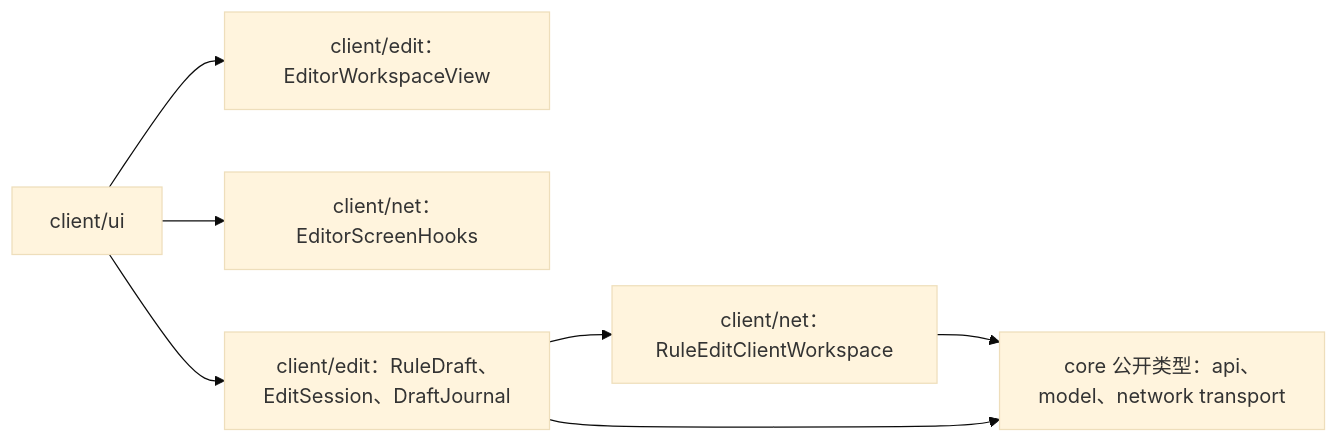
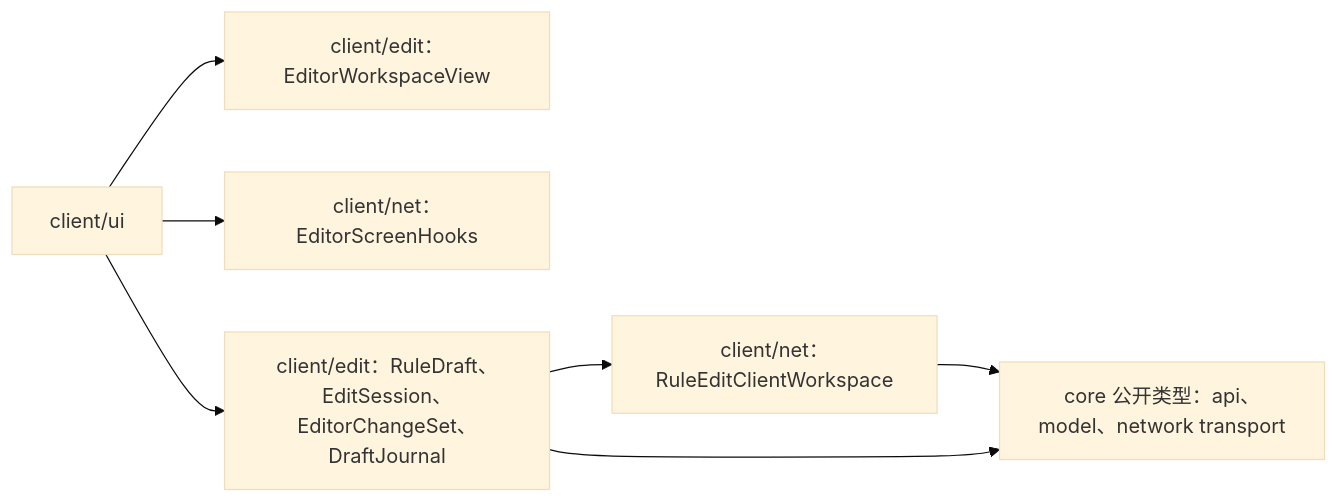
One commit to meteoritel/item-despawn-to-what changed the first of 5 diagrams in docs/modules/client-editor.md. Above: the diagram before and after it, drawn with Mermaid (base theme). The commit also changed other lines of this file and 20 other files, not shown here.

````diff
--- a/docs/modules/client-editor.md
+++ b/docs/modules/client-editor.md
@@ -43,9 +45,9 @@
 ```mermaid
 flowchart LR
     UI["client/ui"] --> VIEW["client/edit：EditorWorkspaceView"]
     UI --> HOOKS["client/net：EditorScreenHooks"]
-    UI --> DATA["client/edit：RuleDraft、EditSession、DraftJournal"]
+    UI --> DATA["client/edit：RuleDraft、EditSession、EditorChangeSet、DraftJournal"]
     DATA --> NET["client/net：RuleEditClientWorkspace"]
     NET --> CORE["core 公开类型：api、model、network transport"]
     DATA --> CORE
 ```
````
